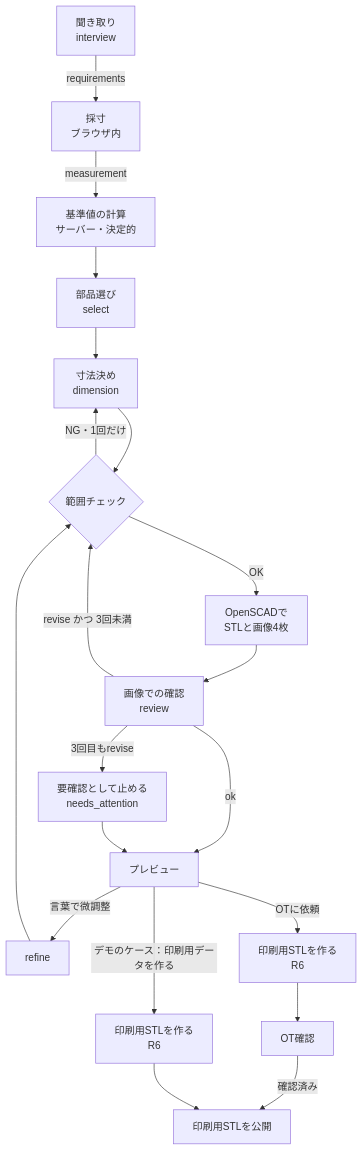
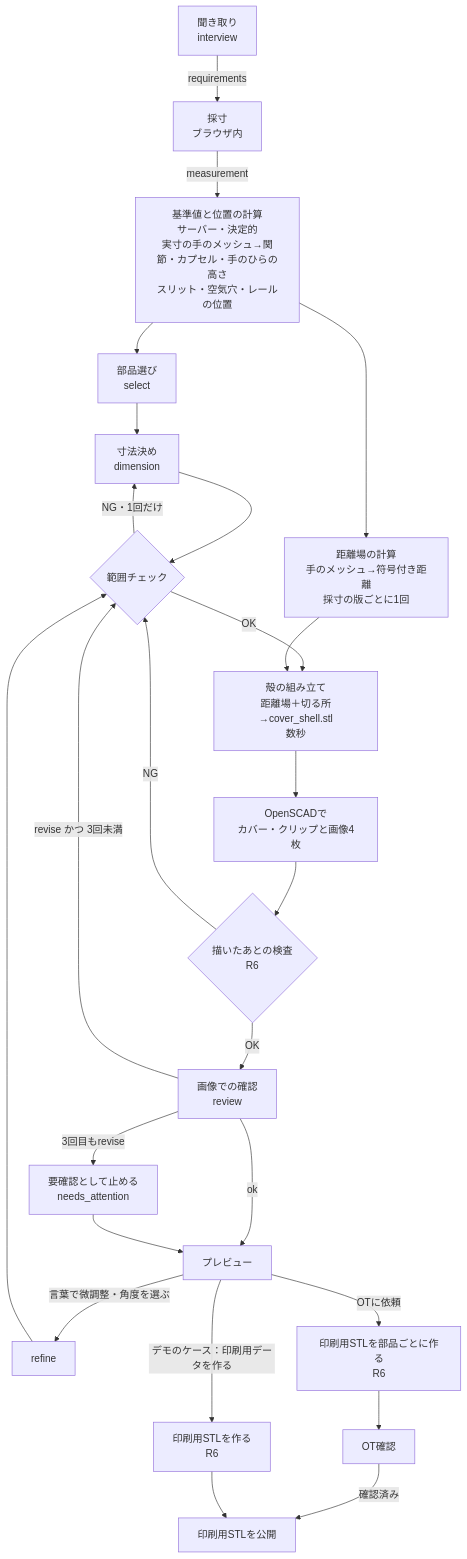
The diagram in docs/generation-pipeline.md (Devfest-Hackathon-2026/df-2026-t101), drawn with Mermaid before and after one commit. The commit also changed other lines of this file and 21 other files, not shown here.

````diff
--- a/docs/generation-pipeline.md
+++ b/docs/generation-pipeline.md
@@ -14,20 +14,25 @@
 ```mermaid
 flowchart TD
   I[聞き取り<br/>interview] -->|requirements| M[採寸<br/>ブラウザ内]
-  M -->|measurement| B[基準値の計算<br/>サーバー・決定的]
+  M -->|measurement| B[基準値と位置の計算<br/>サーバー・決定的<br/>実寸の手のメッシュ→関節・カプセル・手のひらの高さ<br/>スリット・空気穴・レールの位置]
   B --> S[部品選び<br/>select]
+  B --> K[距離場の計算<br/>手のメッシュ→符号付き距離<br/>採寸の版ごとに1回]
   S --> D[寸法決め<br/>dimension]
   D --> V{範囲チェック}
   V -->|NG・1回だけ| D
-  V -->|OK| R[OpenSCADで<br/>STLと画像4枚]
-  R --> C[画像での確認<br/>review]
+  V -->|OK| L[殻の組み立て<br/>距離場＋切る所→cover_shell.stl<br/>数秒]
+  K --> L
+  L --> R[OpenSCADで<br/>カバー・クリップと画像4枚]
+  R --> Q{描いたあとの検査<br/>R6}
+  Q -->|NG| V
+  Q -->|OK| C[画像での確認<br/>review]
   C -->|ok| P[プレビュー]
   C -->|revise かつ 3回未満| V
   C -->|3回目もrevise| H[要確認として止める<br/>needs_attention]
   H --> P
-  P -->|言葉で微調整| F[refine] --> V
-  P -->|OTに依頼| X[印刷用STLを作る<br/>R6]
+  P -->|言葉で微調整・角度を選ぶ| F[refine] --> V
+  P -->|OTに依頼| X[印刷用STLを部品ごとに作る<br/>R6]
   X --> O[OT確認]
   O -->|確認済み| Y[印刷用STLを公開]
   P -->|デモのケース：印刷用データを作る| X2[印刷用STLを作る<br/>R6] --> Y
 ```
````
